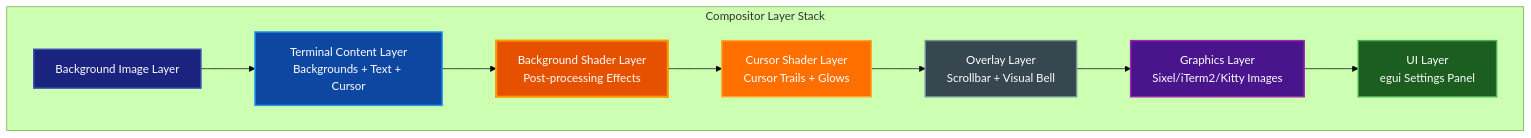
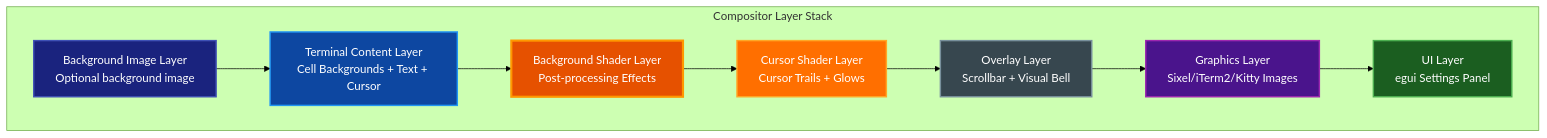
One commit to paulrobello/par-term changed the first of 5 diagrams in docs/COMPOSITOR.md. Above: the diagram before and after it, drawn with Mermaid (forest theme). The commit also changed other lines of this file and 16 other files, not shown here.

````diff
--- a/docs/COMPOSITOR.md
+++ b/docs/COMPOSITOR.md
@@ -52,27 +52,27 @@
 ```mermaid
 graph TB
     subgraph "Compositor Layer Stack"
-        L0[Background Image Layer]
-        L1[Terminal Content Layer<br/>Backgrounds + Text + Cursor]
+        L0[Background Image Layer<br/>Optional background image]
+        L1[Terminal Content Layer<br/>Cell Backgrounds + Text + Cursor]
         L2[Background Shader Layer<br/>Post-processing Effects]
         L3[Cursor Shader Layer<br/>Cursor Trails + Glows]
         L4[Overlay Layer<br/>Scrollbar + Visual Bell]
         L5[Graphics Layer<br/>Sixel/iTerm2/Kitty Images]
         L6[UI Layer<br/>egui Settings Panel]
     end
 
     L0 --> L1
     L1 --> L2
     L2 --> L3
     L3 --> L4
     L4 --> L5
     L5 --> L6
 
     style L0 fill:#1a237e,stroke:#3f51b5,stroke-width:2px,color:#ffffff
     style L1 fill:#0d47a1,stroke:#2196f3,stroke-width:2px,color:#ffffff
     style L2 fill:#e65100,stroke:#ff9800,stroke-width:3px,color:#ffffff
     style L3 fill:#ff6f00,stroke:#ffa726,stroke-width:2px,color:#ffffff
     style L4 fill:#37474f,stroke:#78909c,stroke-width:2px,color:#ffffff
     style L5 fill:#4a148c,stroke:#9c27b0,stroke-width:2px,color:#ffffff
     style L6 fill:#1b5e20,stroke:#4caf50,stroke-width:2px,color:#ffffff
 ```
````
